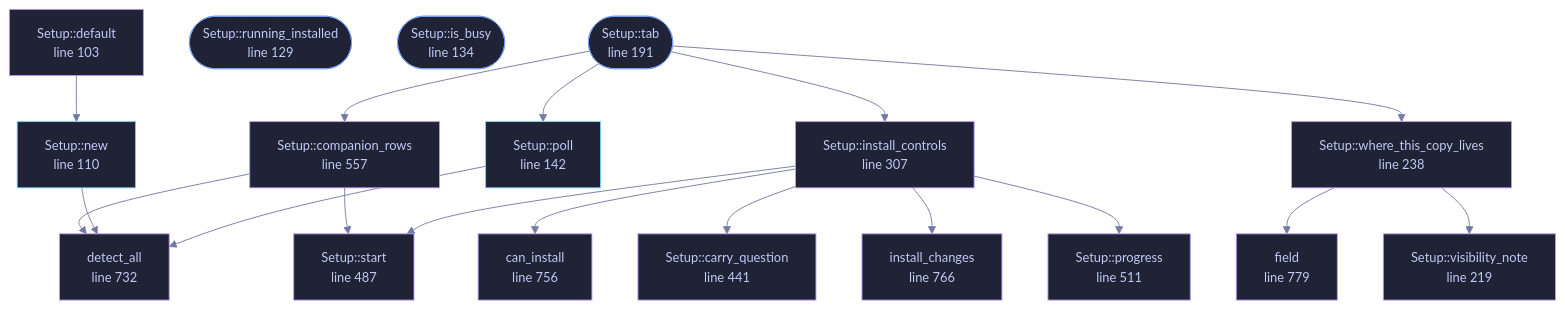
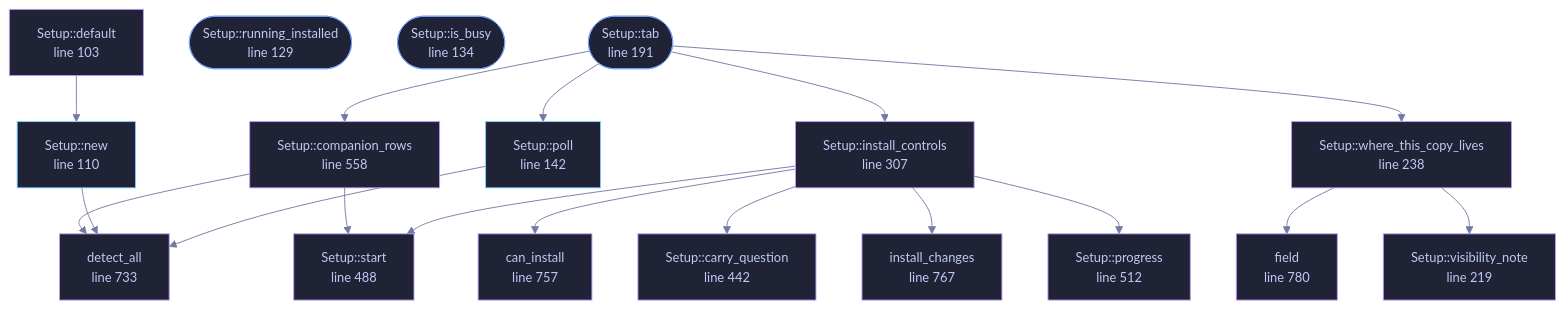
One commit to tilas01/veilvoice changed the diagram in docs/files/veilvoice-gui/setup.md. Above: the diagram before and after it, drawn with Mermaid. The commit also changed other lines of this file and 115 other files, not shown here.

````diff
--- a/docs/files/veilvoice-gui/setup.md
+++ b/docs/files/veilvoice-gui/setup.md
@@ -113,60 +113,60 @@
 ```mermaid
 %%{init: {"theme":"base","themeVariables":{"background":"#1a1b26","primaryColor":"#1f2335","primaryTextColor":"#c0caf5","primaryBorderColor":"#7aa2f7","secondaryColor":"#16161e","tertiaryColor":"#16161e","lineColor":"#737aa2","textColor":"#c0caf5","mainBkg":"#1f2335","nodeBorder":"#7aa2f7","clusterBkg":"#16161e","clusterBorder":"#2f3549","fontFamily":"ui-monospace, SFMono-Regular, Consolas, monospace","fontSize":"14px"}}}%%
 flowchart TD
     n_default["Setup::default<br/>line 103"]
     n_new["Setup::new<br/>line 110"]
     n_running_installed(["Setup::running_installed<br/>line 129"])
     n_is_busy(["Setup::is_busy<br/>line 134"])
     n_poll["Setup::poll<br/>line 142"]
     n_tab(["Setup::tab<br/>line 191"])
     n_visibility_note["Setup::visibility_note<br/>line 219"]
     n_where_this_copy_lives["Setup::where_this_copy_lives<br/>line 238"]
     n_install_controls["Setup::install_controls<br/>line 307"]
-    n_carry_question["Setup::carry_question<br/>line 441"]
-    n_start["Setup::start<br/>line 487"]
-    n_progress["Setup::progress<br/>line 511"]
-    n_companion_rows["Setup::companion_rows<br/>line 557"]
-    n_detect_all["detect_all<br/>line 732"]
-    n_can_install["can_install<br/>line 756"]
-    n_install_changes["install_changes<br/>line 766"]
-    n_field["field<br/>line 779"]
+    n_carry_question["Setup::carry_question<br/>line 442"]
+    n_start["Setup::start<br/>line 488"]
+    n_progress["Setup::progress<br/>line 512"]
+    n_companion_rows["Setup::companion_rows<br/>line 558"]
+    n_detect_all["detect_all<br/>line 733"]
+    n_can_install["can_install<br/>line 757"]
+    n_install_changes["install_changes<br/>line 767"]
+    n_field["field<br/>line 780"]
     n_companion_rows --> n_detect_all
     n_companion_rows --> n_start
     n_default --> n_new
     n_install_controls --> n_can_install
     n_install_controls --> n_carry_question
     n_install_controls --> n_install_changes
     n_install_controls --> n_progress
     n_install_controls --> n_start
     n_new --> n_detect_all
     n_poll --> n_detect_all
     n_tab --> n_companion_rows
     n_tab --> n_install_controls
     n_tab --> n_poll
     n_tab --> n_where_this_copy_lives
     n_where_this_copy_lives --> n_field
     n_where_this_copy_lives --> n_visibility_note
     click n_default href "https://github.com/tilas01/veilvoice/blob/main/crates/veilvoice-gui/src/setup.rs#L103" "open the source"
     click n_new href "https://github.com/tilas01/veilvoice/blob/main/crates/veilvoice-gui/src/setup.rs#L110" "open the source"
     click n_running_installed href "https://github.com/tilas01/veilvoice/blob/main/crates/veilvoice-gui/src/setup.rs#L129" "open the source"
     click n_is_busy href "https://github.com/tilas01/veilvoice/blob/main/crates/veilvoice-gui/src/setup.rs#L134" "open the source"
     click n_poll href "https://github.com/tilas01/veilvoice/blob/main/crates/veilvoice-gui/src/setup.rs#L142" "open the source"
     click n_tab href "https://github.com/tilas01/veilvoice/blob/main/crates/veilvoice-gui/src/setup.rs#L191" "open the source"
     click n_visibility_note href "https://github.com/tilas01/veilvoice/blob/main/crates/veilvoice-gui/src/setup.rs#L219" "open the source"
     click n_where_this_copy_lives href "https://github.com/tilas01/veilvoice/blob/main/crates/veilvoice-gui/src/setup.rs#L238" "open the source"
     click n_install_controls href "https://github.com/tilas01/veilvoice/blob/main/crates/veilvoice-gui/src/setup.rs#L307" "open the source"
-    click n_carry_question href "https://github.com/tilas01/veilvoice/blob/main/crates/veilvoice-gui/src/setup.rs#L441" "open the source"
-    click n_start href "https://github.com/tilas01/veilvoice/blob/main/crates/veilvoice-gui/src/setup.rs#L487" "open the source"
-    click n_progress href "https://github.com/tilas01/veilvoice/blob/main/crates/veilvoice-gui/src/setup.rs#L511" "open the source"
-    click n_companion_rows href "https://github.com/tilas01/veilvoice/blob/main/crates/veilvoice-gui/src/setup.rs#L557" "open the source"
-    click n_detect_all href "https://github.com/tilas01/veilvoice/blob/main/crates/veilvoice-gui/src/setup.rs#L732" "open the source"
-    click n_can_install href "https://github.com/tilas01/veilvoice/blob/main/crates/veilvoice-gui/src/setup.rs#L756" "open the source"
-    click n_install_changes href "https://github.com/tilas01/veilvoice/blob/main/crates/veilvoice-gui/src/setup.rs#L766" "open the source"
-    click n_field href "https://github.com/tilas01/veilvoice/blob/main/crates/veilvoice-gui/src/setup.rs#L779" "open the source"
+    click n_carry_question href "https://github.com/tilas01/veilvoice/blob/main/crates/veilvoice-gui/src/setup.rs#L442" "open the source"
+    click n_start href "https://github.com/tilas01/veilvoice/blob/main/crates/veilvoice-gui/src/setup.rs#L488" "open the source"
+    click n_progress href "https://github.com/tilas01/veilvoice/blob/main/crates/veilvoice-gui/src/setup.rs#L512" "open the source"
+    click n_companion_rows href "https://github.com/tilas01/veilvoice/blob/main/crates/veilvoice-gui/src/setup.rs#L558" "open the source"
+    click n_detect_all href "https://github.com/tilas01/veilvoice/blob/main/crates/veilvoice-gui/src/setup.rs#L733" "open the source"
+    click n_can_install href "https://github.com/tilas01/veilvoice/blob/main/crates/veilvoice-gui/src/setup.rs#L757" "open the source"
+    click n_install_changes href "https://github.com/tilas01/veilvoice/blob/main/crates/veilvoice-gui/src/setup.rs#L767" "open the source"
+    click n_field href "https://github.com/tilas01/veilvoice/blob/main/crates/veilvoice-gui/src/setup.rs#L780" "open the source"
     classDef entry fill:#1f2335,stroke:#7aa2f7,color:#c0caf5
     class n_running_installed,n_is_busy,n_tab entry
     classDef api fill:#1f2335,stroke:#7dcfff,color:#c0caf5
     class n_new,n_poll api
     classDef helper fill:#1f2335,stroke:#bb9af7,color:#c0caf5
     class n_default,n_visibility_note,n_where_this_copy_lives,n_install_controls,n_carry_question,n_start,n_progress,n_companion_rows,n_detect_all,n_can_install,n_install_changes,n_field helper
 ```
````
